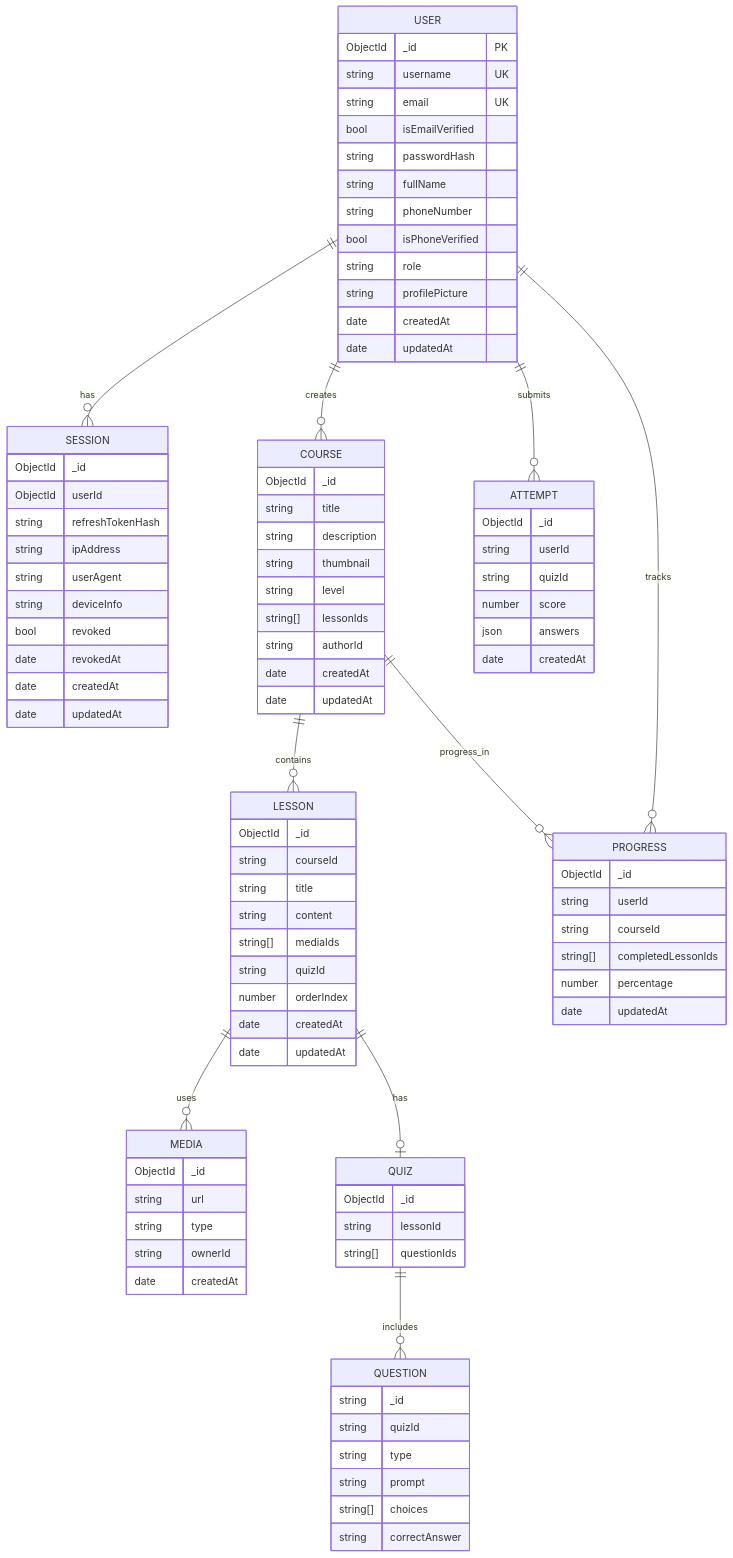
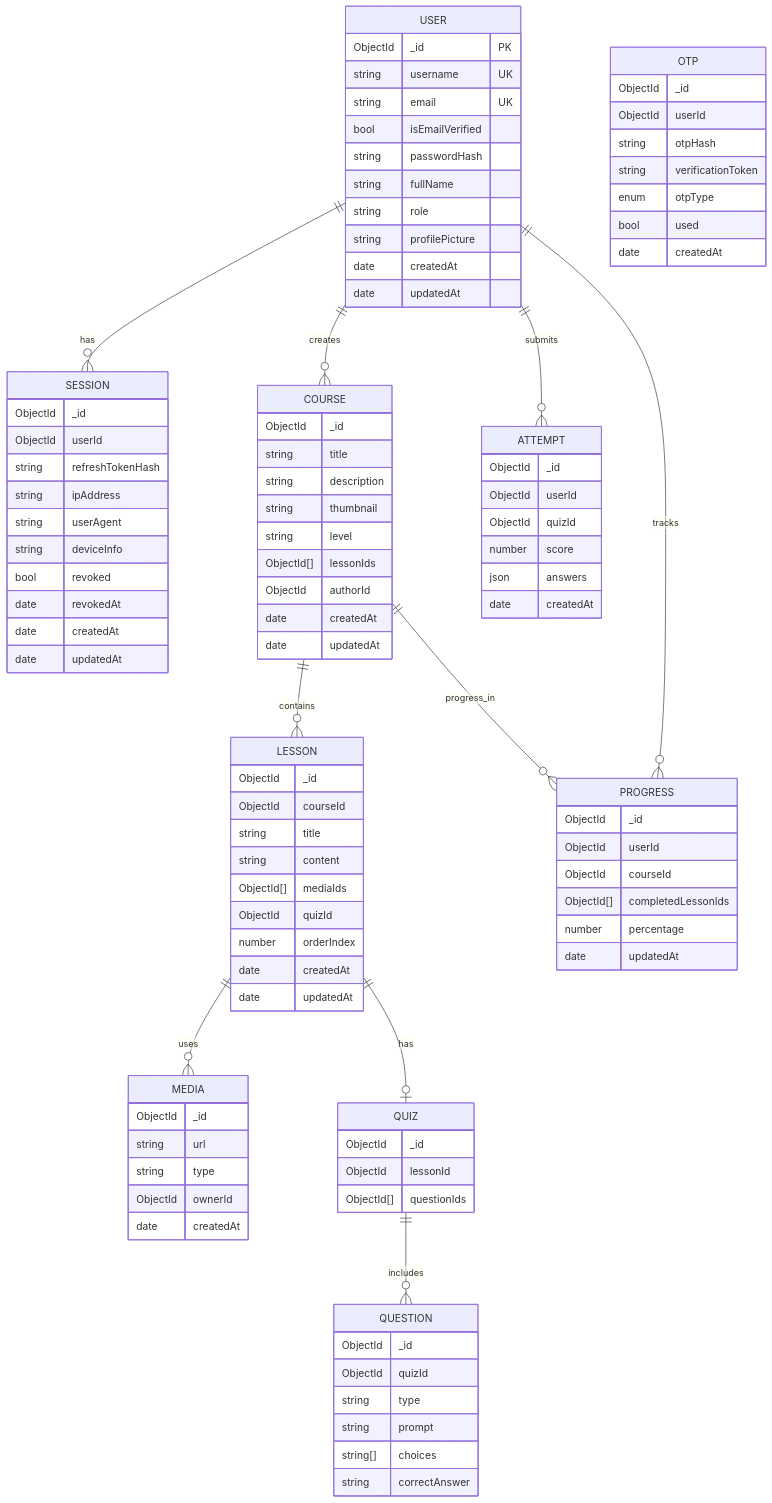
One commit to touanu/ttcn2 changed the fifth of 7 diagrams in docs/ARCHITECTURE.md. Above: the diagram before and after it, drawn with Mermaid. The commit also changed other lines of this file and 88 other files, not shown here.

First line of the commit message:
Thêm course, lesson, quiz, media, và progress

```diff
--- a/docs/ARCHITECTURE.md
+++ b/docs/ARCHITECTURE.md
@@ -239,8 +237,6 @@
     bool isEmailVerified
     string passwordHash
     string fullName
-    string phoneNumber
-    bool isPhoneVerified
     string role
     string profilePicture
     date createdAt
@@ -266,19 +262,19 @@
     string description
     string thumbnail
     string level
-    string[] lessonIds
-    string authorId
+    ObjectId[] lessonIds
+    ObjectId authorId
     date createdAt
     date updatedAt
   }
 
   LESSON {
     ObjectId _id
-    string courseId
+    ObjectId courseId
     string title
     string content
-    string[] mediaIds
-    string quizId
+    ObjectId[] mediaIds
+    ObjectId quizId
     number orderIndex
     date createdAt
     date updatedAt
@@ -286,13 +282,13 @@
 
   QUIZ {
     ObjectId _id
-    string lessonId
-    string[] questionIds
+    ObjectId lessonId
+    ObjectId[] questionIds
   }
 
   QUESTION {
-    string _id
-    string quizId
+    ObjectId _id
+    ObjectId quizId
     string type
     string prompt
     string[] choices
@@ -301,8 +297,8 @@
 
   ATTEMPT {
     ObjectId _id
-    string userId
-    string quizId
+    ObjectId userId
+    ObjectId quizId
     number score
     json answers
     date createdAt
@@ -310,9 +306,9 @@
 
   PROGRESS {
     ObjectId _id
-    string userId
-    string courseId
-    string[] completedLessonIds
+    ObjectId userId
+    ObjectId courseId
+    ObjectId[] completedLessonIds
     number percentage
     date updatedAt
   }
@@ -321,7 +317,17 @@
     ObjectId _id
     string url
     string type
-    string ownerId
+    ObjectId ownerId
+    date createdAt
+  }
+
+  OTP {
+    ObjectId _id
+    ObjectId userId
+    string otpHash
+    string verificationToken
+    enum otpType
+    bool used
     date createdAt
   }
 
```
